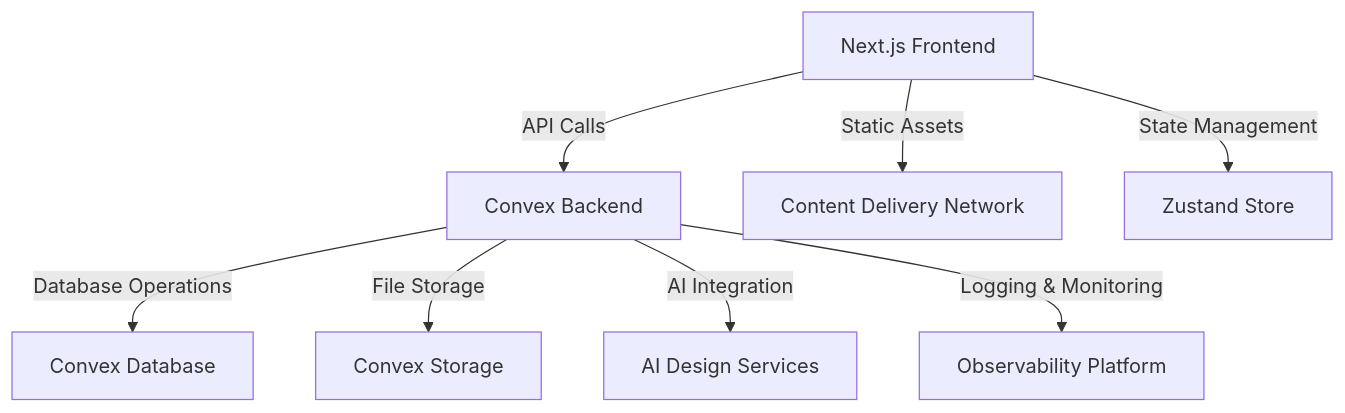
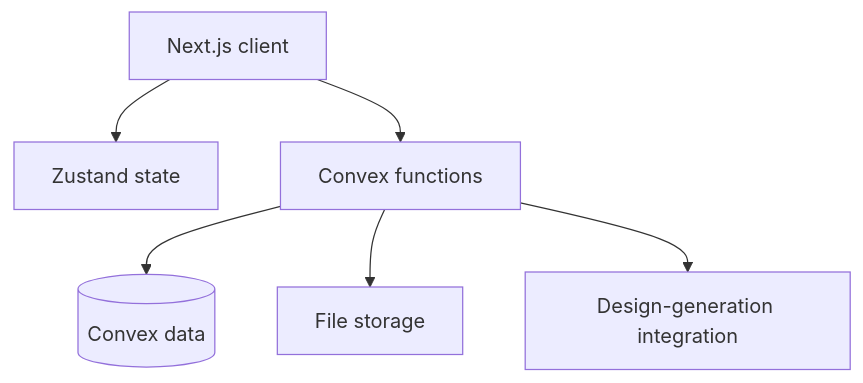
One commit to yaksheng/projects changed the diagram in hackathons/20251206-cursor-my/docs/architecture.md. Above: the diagram before and after it, drawn with Mermaid. The commit also changed other lines of this file and 51 other files, not shown here.

````diff
--- a/hackathons/20251206-cursor-my/docs/architecture.md
+++ b/hackathons/20251206-cursor-my/docs/architecture.md
@@ -22,10 +9,8 @@
 ```mermaid
 graph TD
-    Client[Next.js Frontend] -->|API Calls| Backend[Convex Backend]
-    Backend -->|Database Operations| Database[Convex Database]
-    Backend -->|File Storage| Storage[Convex Storage]
-    Backend -->|AI Integration| AI[AI Design Services]
-    Client -->|Static Assets| CDN[Content Delivery Network]
-    Client -->|State Management| Store[Zustand Store]
-    Backend -->|Logging & Monitoring| Monitoring[Observability Platform]
+    Client[Next.js client] --> State[Zustand state]
+    Client --> Backend[Convex functions]
+    Backend --> Database[(Convex data)]
+    Backend --> Storage[File storage]
+    Backend --> Generator[Design-generation integration]
 ```
````
